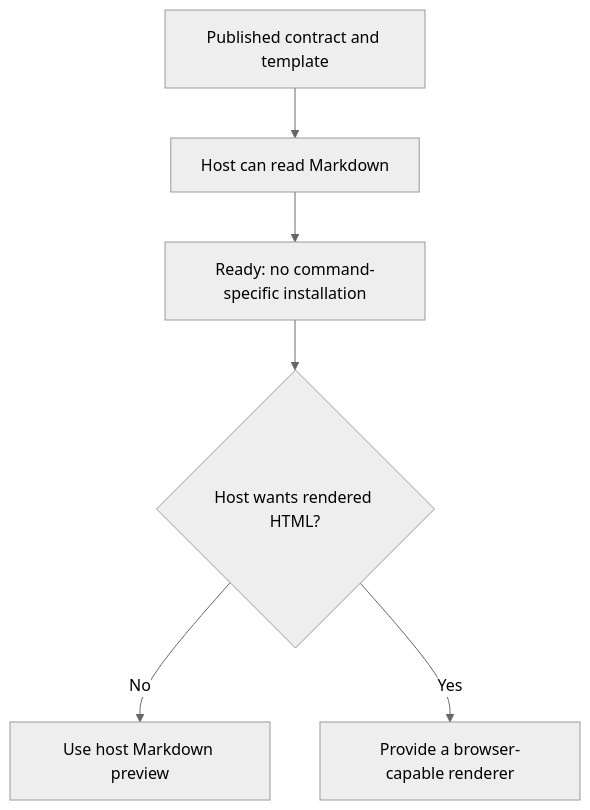
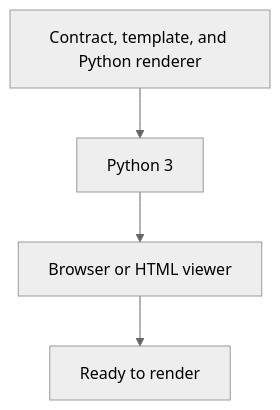
The sixth of 9 diagrams in show-context/show-context.command.md (starodubtsevconsulting/ai-commands), drawn with Mermaid (neutral theme) before and after one commit. The commit also changed other lines of this file and 3 other files, not shown here.

````diff
--- a/show-context/show-context.command.md
+++ b/show-context/show-context.command.md
@@ -119,9 +119,7 @@
 ```mermaid
 flowchart TD
-  Package["Published contract and template"]
-  Package --> Markdown["Host can read Markdown"]
-  Markdown --> Ready["Ready: no command-specific installation"]
-  Ready --> Optional{"Host wants rendered HTML?"}
-  Optional -->|No| Use["Use host Markdown preview"]
-  Optional -->|Yes| Renderer["Provide a browser-capable renderer"]
+  Package["Contract, template, and Python renderer"]
+  Package --> Python["Python 3"]
+  Python --> Viewer["Browser or HTML viewer"]
+  Viewer --> Ready["Ready to render"]
 ```
````
